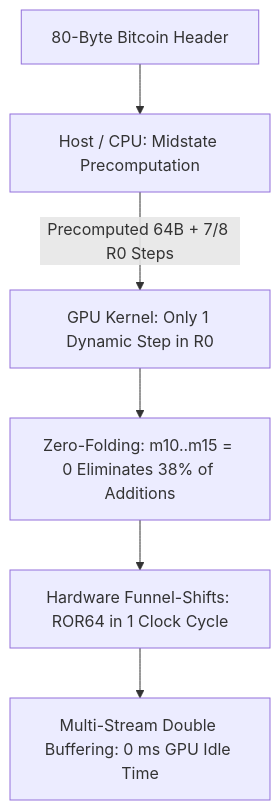
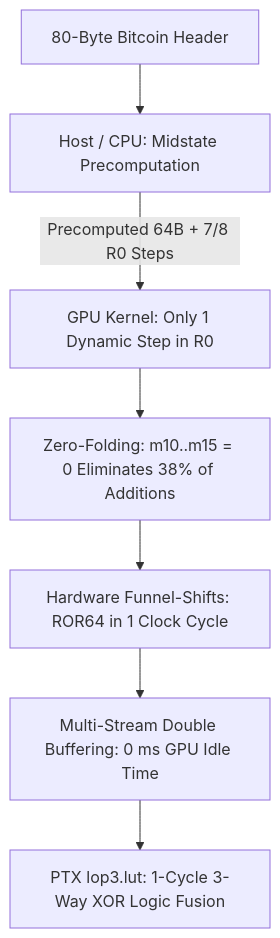
One commit to tomek2150/Blake2bCudaMiner changed the diagram in README.md. Above: the diagram before and after it, drawn with Mermaid. The commit also changed other lines of this file and 4 other files, not shown here.

Commit message:
v1.3.0: Implement native PTX lop3.lut logic fusion for 3-way XOR

````diff
--- a/README.md
+++ b/README.md
@@ -11,8 +11,9 @@
 ```mermaid
 graph TD
     A[80-Byte Bitcoin Header] --> B[Host / CPU: Midstate Precomputation]
     B -->|Precomputed 64B + 7/8 R0 Steps| C[GPU Kernel: Only 1 Dynamic Step in R0]
     C --> D[Zero-Folding: m10..m15 = 0 Eliminates 38% of Additions]
     D --> E[Hardware Funnel-Shifts: ROR64 in 1 Clock Cycle]
     E --> F[Multi-Stream Double Buffering: 0 ms GPU Idle Time]
+    F --> G[PTX lop3.lut: 1-Cycle 3-Way XOR Logic Fusion]
 ```
````
